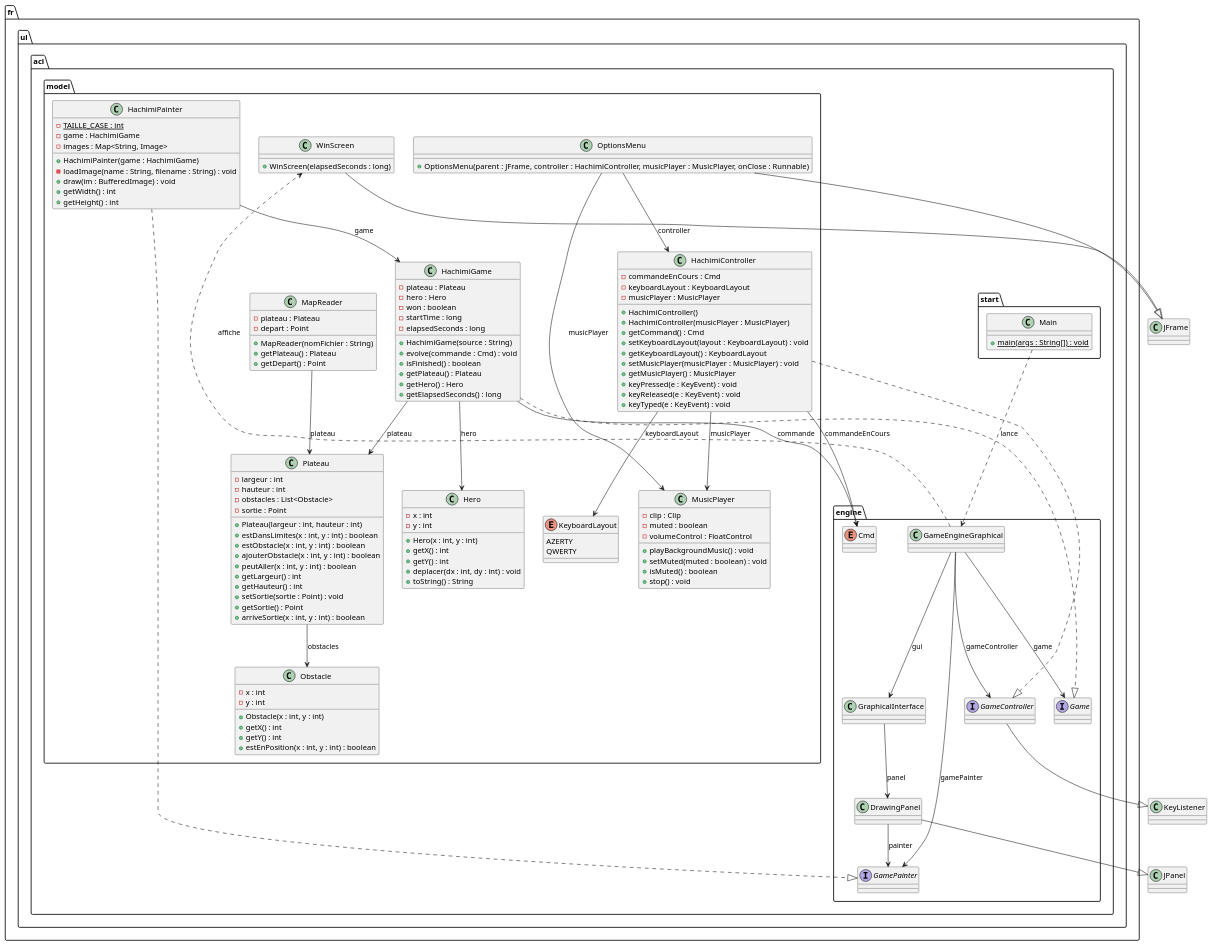
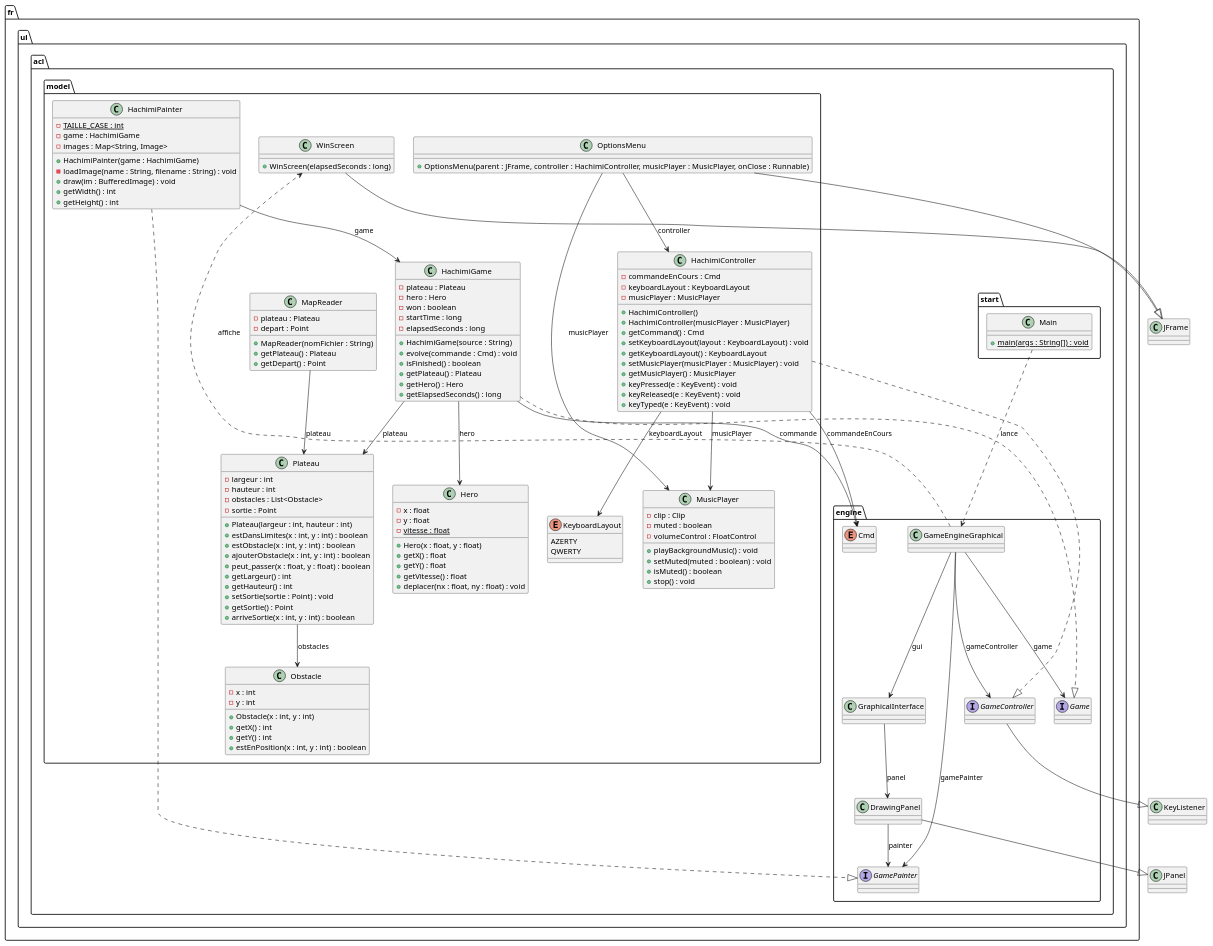
One commit to baraeerriyachy/pacman changed the diagram in backlog/sprint2/v1.puml. Above: the diagram before and after it, drawn with PlantUML. The commit also changed 3 other files, not shown here.

Commit message:
UMl mise a jour

```diff
--- a/backlog/sprint2/v1.puml
+++ b/backlog/sprint2/v1.puml
@@ -1,172 +1,173 @@
 @startuml
 package "fr.ul.acl.start" {
     class Main {
         + {static} main(args : String[]) : void
     }
 }
 
 package "fr.ul.acl.engine" {
     class GameEngineGraphical {
     }
 
     class DrawingPanel {
     }
 
     class GraphicalInterface {
     }
 
     interface GamePainter {
     }
 
     interface GameController {
     }
 
     interface Game {
     }
 
     enum Cmd {
     }
 }
 
 package "fr.ul.acl.model" {
-    class Hero {
-        - x : int
-        - y : int
-        + Hero(x : int, y : int)
-        + getX() : int
-        + getY() : int
-        + deplacer(dx : int, dy : int) : void
-        + toString() : String
+    class Hero{
+        - x : float
+        - y : float
+        - {static} vitesse : float
+        + Hero(x : float, y : float)
+        + getX() : float
+        + getY() : float
+        + getVitesse() : float
+        + deplacer(nx : float, ny : float) : void
     }
 
     class HachimiGame {
         - plateau : Plateau
         - hero : Hero
         - won : boolean
         - startTime : long
         - elapsedSeconds : long
         + HachimiGame(source : String)
         + evolve(commande : Cmd) : void
         + isFinished() : boolean
         + getPlateau() : Plateau
         + getHero() : Hero
         + getElapsedSeconds() : long
     }
 
     class HachimiPainter {
         - {static} TAILLE_CASE : int
         - game : HachimiGame
         - images : Map<String, Image>
         + HachimiPainter(game : HachimiGame)
         - loadImage(name : String, filename : String) : void
         + draw(im : BufferedImage) : void
         + getWidth() : int
         + getHeight() : int
     }
 
     class HachimiController {
         - commandeEnCours : Cmd
         - keyboardLayout : KeyboardLayout
         - musicPlayer : MusicPlayer
         + HachimiController()
         + HachimiController(musicPlayer : MusicPlayer)
         + getCommand() : Cmd
         + setKeyboardLayout(layout : KeyboardLayout) : void
         + getKeyboardLayout() : KeyboardLayout
         + setMusicPlayer(musicPlayer : MusicPlayer) : void
         + getMusicPlayer() : MusicPlayer
         + keyPressed(e : KeyEvent) : void
         + keyReleased(e : KeyEvent) : void
         + keyTyped(e : KeyEvent) : void
     }
 
     class Plateau {
         - largeur : int
         - hauteur : int
         - obstacles : List<Obstacle>
         - sortie : Point
         + Plateau(largeur : int, hauteur : int)
         + estDansLimites(x : int, y : int) : boolean
         + estObstacle(x : int, y : int) : boolean
         + ajouterObstacle(x : int, y : int) : boolean
-        + peutAller(x : int, y : int) : boolean
+        + peut_passer(x : float, y : float) : boolean
         + getLargeur() : int
         + getHauteur() : int
         + setSortie(sortie : Point) : void
         + getSortie() : Point
         + arriveSortie(x : int, y : int) : boolean
     }
 
     class Obstacle {
         - x : int
         - y : int
         + Obstacle(x : int, y : int)
         + getX() : int
         + getY() : int
         + estEnPosition(x : int, y : int) : boolean
     }
 
     class MapReader {
         - plateau : Plateau
         - depart : Point
         + MapReader(nomFichier : String)
         + getPlateau() : Plateau
         + getDepart() : Point
     }
 
     class MusicPlayer {
         - clip : Clip
         - muted : boolean
         - volumeControl : FloatControl
         + playBackgroundMusic() : void
         + setMuted(muted : boolean) : void
         + isMuted() : boolean
         + stop() : void
     }
 
     enum KeyboardLayout {
         AZERTY
         QWERTY
     }
 
     class OptionsMenu {
         + OptionsMenu(parent : JFrame, controller : HachimiController, musicPlayer : MusicPlayer, onClose : Runnable)
     }
 
     class WinScreen {
         + WinScreen(elapsedSeconds : long)
     }
 }
 
 ' Inheritance and implementation
 HachimiPainter ..|> GamePainter
 HachimiGame ..|> Game
 HachimiController ..|> GameController
 DrawingPanel --|> JPanel
 OptionsMenu --|> JFrame
 WinScreen --|> JFrame
 GameController --|> KeyListener
 
 ' Engine relationships
 GameEngineGraphical --> Game : game
 GameEngineGraphical --> GamePainter : gamePainter
 GameEngineGraphical --> GameController : gameController
 GameEngineGraphical --> GraphicalInterface : gui
 DrawingPanel --> GamePainter : painter
 GraphicalInterface --> DrawingPanel : panel
 GameEngineGraphical ..> WinScreen : affiche
 
 ' Model relationships
 HachimiPainter --> HachimiGame : game
 HachimiGame --> Plateau : plateau
 HachimiGame --> Hero : hero
 HachimiGame --> Cmd : commande
 HachimiController --> Cmd : commandeEnCours
 HachimiController --> KeyboardLayout : keyboardLayout
 HachimiController --> MusicPlayer : musicPlayer
 MapReader --> Plateau : plateau
 Plateau --> Obstacle : obstacles
 OptionsMenu --> HachimiController : controller
 OptionsMenu --> MusicPlayer : musicPlayer
 Main ..> GameEngineGraphical : lance
 @enduml
```
